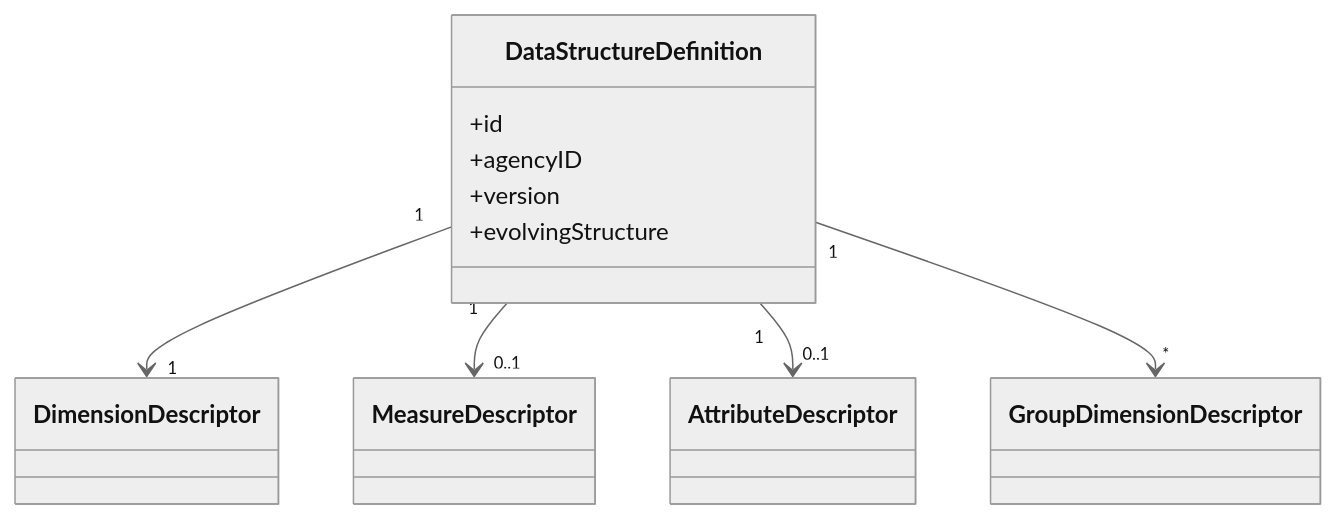
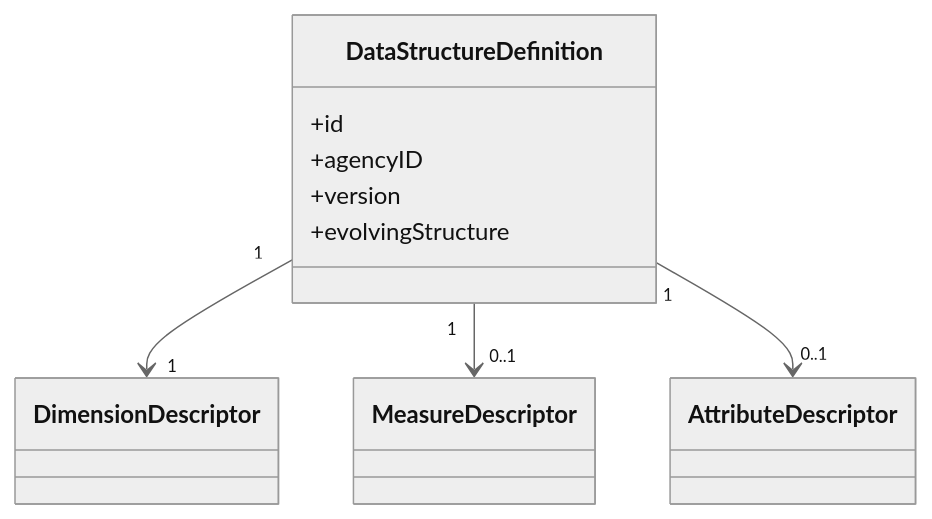
The first of 11 diagrams in docs/models-relationships/02_data_definition/01_data_definition_overview.md (sdmx-twg/wp-sdmx-dpm), drawn with Mermaid (neutral theme) before and after one commit. The commit also changed other lines of this file and 11 other files, not shown here.

````diff
--- a/docs/models-relationships/02_data_definition/01_data_definition_overview.md
+++ b/docs/models-relationships/02_data_definition/01_data_definition_overview.md
@@ -15,17 +14,15 @@
 ```mermaid
 classDiagram
     class DataStructureDefinition {
       +id
       +agencyID
       +version
       +evolvingStructure
     }
     class DimensionDescriptor
     class MeasureDescriptor
     class AttributeDescriptor
-    class GroupDimensionDescriptor
     DataStructureDefinition "1" --> "1" DimensionDescriptor
     DataStructureDefinition "1" --> "0..1" MeasureDescriptor
     DataStructureDefinition "1" --> "0..1" AttributeDescriptor
-    DataStructureDefinition "1" --> "*" GroupDimensionDescriptor
 ```
````
